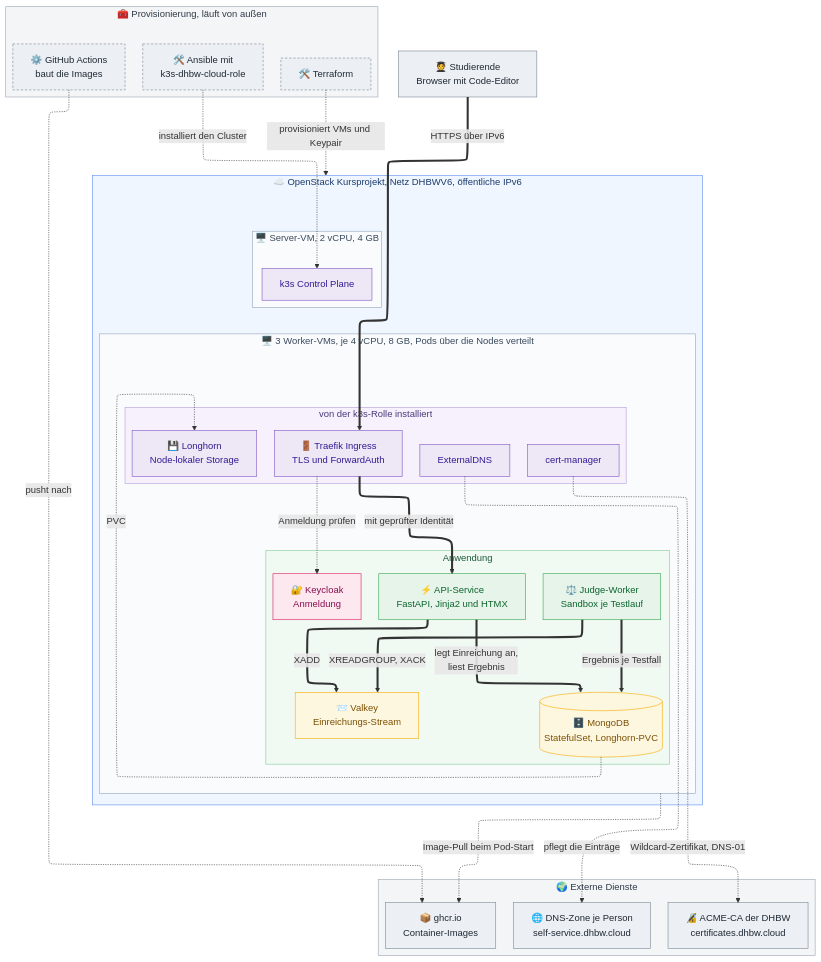
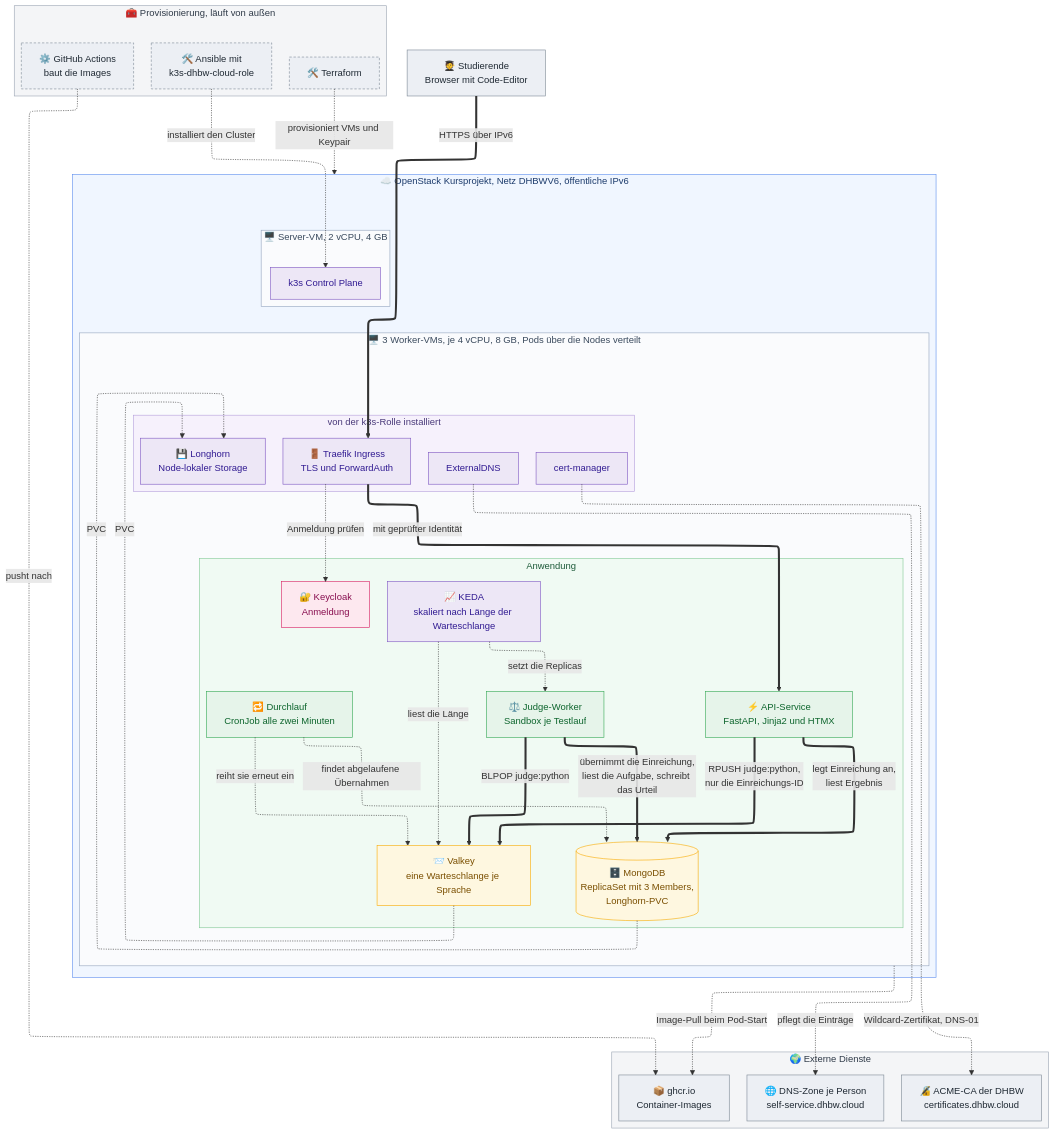
Before and after one commit to litithio/Online-Judge-Cloud: the diagram in docs/diagramme/aufbau.mmd, drawn with Mermaid. The commit also changed 3 other files, not shown here.

First line of the commit message:
Diagramme: Warteschlange je Sprache statt Stream

```diff
--- a/docs/diagramme/aufbau.mmd
+++ b/docs/diagramme/aufbau.mmd
@@ -1,86 +1,93 @@
 ---
 # Feste Schrift: mermaid bemisst die Kästen mit der Schrift, die beim
 # Rendern verfügbar ist. Weicht die Anzeigeschrift ab, laufen Texte über
 # die Ränder.
 config:
   # ELK schichtet die Gruppen strikt vertikal und führt Kanten orthogonal.
   # Das Standard-Layout (dagre) verstreute Server-VM und Werkzeuge um den
   # Cluster herum. ELK kann nur der eigene Renderer, nicht GitHub-Mermaid.
   layout: elk
   fontFamily: Arial, Helvetica, sans-serif
 ---
 flowchart TB
     studierende["🧑‍🎓 Studierende<br/>Browser mit Code-Editor"]
 
     subgraph werkzeuge["🧰 Provisionierung, läuft von außen"]
         tf["🛠️ Terraform"]
         ansible["🛠️ Ansible mit<br/>k3s-dhbw-cloud-role"]
         ci["⚙️ GitHub Actions<br/>baut die Images"]
     end
 
     subgraph openstack["☁️ OpenStack Kursprojekt, Netz DHBWV6, öffentliche IPv6"]
         subgraph server["🖥️ Server-VM, 2 vCPU, 4 GB"]
             cp["k3s Control Plane"]
         end
         subgraph workers["🖥️ 3 Worker-VMs, je 4 vCPU, 8 GB, Pods über die Nodes verteilt"]
             subgraph rolle["von der k3s-Rolle installiert"]
                 traefik["🚪 Traefik Ingress<br/>TLS und ForwardAuth"]
                 certm["cert-manager"]
                 extdns["ExternalDNS"]
                 longhorn["💾 Longhorn<br/>Node-lokaler Storage"]
             end
             subgraph app["Anwendung"]
                 keycloak["🔐 Keycloak<br/>Anmeldung"]
                 api["⚡ API-Service<br/>FastAPI, Jinja2 und HTMX"]
-                valkey["📨 Valkey<br/>Einreichungs-Stream"]
+                valkey["📨 Valkey<br/>eine Warteschlange je Sprache"]
                 judge["⚖️ Judge-Worker<br/>Sandbox je Testlauf"]
-                mongo[("🗄️ MongoDB<br/>StatefulSet, Longhorn-PVC")]
+                keda["📈 KEDA<br/>skaliert nach Länge der Warteschlange"]
+                durchlauf["🔁 Durchlauf<br/>CronJob alle zwei Minuten"]
+                mongo[("🗄️ MongoDB<br/>ReplicaSet mit 3 Members,<br/>Longhorn-PVC")]
             end
         end
     end
 
     subgraph umgebung["🌍 Externe Dienste"]
         dns["🌐 DNS-Zone je Person<br/>self-service.dhbw.cloud"]
         ca["🔏 ACME-CA der DHBW<br/>certificates.dhbw.cloud"]
         ghcr["📦 ghcr.io<br/>Container-Images"]
     end
 
     cp ~~~ traefik
 
     studierende ==>|"HTTPS über IPv6"| traefik
     traefik -.->|"Anmeldung prüfen"| keycloak
     traefik ==>|"mit geprüfter Identität"| api
-    api ==>|"XADD"| valkey
-    judge ==>|"XREADGROUP, XACK"| valkey
-    judge ==>|"Ergebnis je Testfall"| mongo
+    api ==>|"RPUSH judge:python,<br/>nur die Einreichungs-ID"| valkey
+    judge ==>|"BLPOP judge:python"| valkey
+    judge ==>|"übernimmt die Einreichung,<br/>liest die Aufgabe, schreibt das Urteil"| mongo
     api ==>|"legt Einreichung an,<br/>liest Ergebnis"| mongo
+    keda -.->|"liest die Länge"| valkey
+    keda -.->|"setzt die Replicas"| judge
+    durchlauf -.->|"findet abgelaufene Übernahmen"| mongo
+    durchlauf -.->|"reiht sie erneut ein"| valkey
 
     tf -.->|"provisioniert VMs und Keypair"| openstack
     ansible -.->|"installiert den Cluster"| cp
     ci -.->|"pusht nach"| ghcr
     workers -.->|"Image-Pull beim Pod-Start"| ghcr
     mongo -.->|"PVC"| longhorn
+    valkey -.->|"PVC"| longhorn
     extdns -.->|"pflegt die Einträge"| dns
     certm -.->|"Wildcard-Zertifikat, DNS-01"| ca
 
     classDef extern fill:#eceff4,stroke:#7b8794,color:#1f2933
     classDef werkzeug fill:#eceff4,stroke:#7b8794,color:#1f2933,stroke-dasharray:4 3
     classDef plattform fill:#ede7f6,stroke:#7e57c2,color:#311b92
     classDef anwendung fill:#e6f4ea,stroke:#34a853,color:#0d652d
     classDef daten fill:#fef7e0,stroke:#f9ab00,color:#7a4f01
     classDef auth fill:#fde8ef,stroke:#d81b60,color:#880e4f
 
     class studierende,dns,ca,ghcr extern
     class tf,ansible,ci werkzeug
-    class cp,traefik,certm,extdns,longhorn plattform
-    class api,judge anwendung
+    class cp,traefik,certm,extdns,longhorn,keda plattform
+    class api,judge,durchlauf anwendung
     class valkey,mongo daten
     class keycloak auth
 
     style werkzeuge fill:#f4f5f7,stroke:#9aa4b2,color:#2f3a48
     style umgebung fill:#f4f5f7,stroke:#9aa4b2,color:#2f3a48
     style openstack fill:#f0f6ff,stroke:#5b8def,color:#1b3a6b
     style server fill:#fafbfd,stroke:#93a4bd,color:#3a4a5d
     style workers fill:#fafbfd,stroke:#93a4bd,color:#3a4a5d
     style rolle fill:#f6f1fc,stroke:#b39ddb,color:#4a3a7a
     style app fill:#f0faf3,stroke:#81c995,color:#1e5b3a
```
